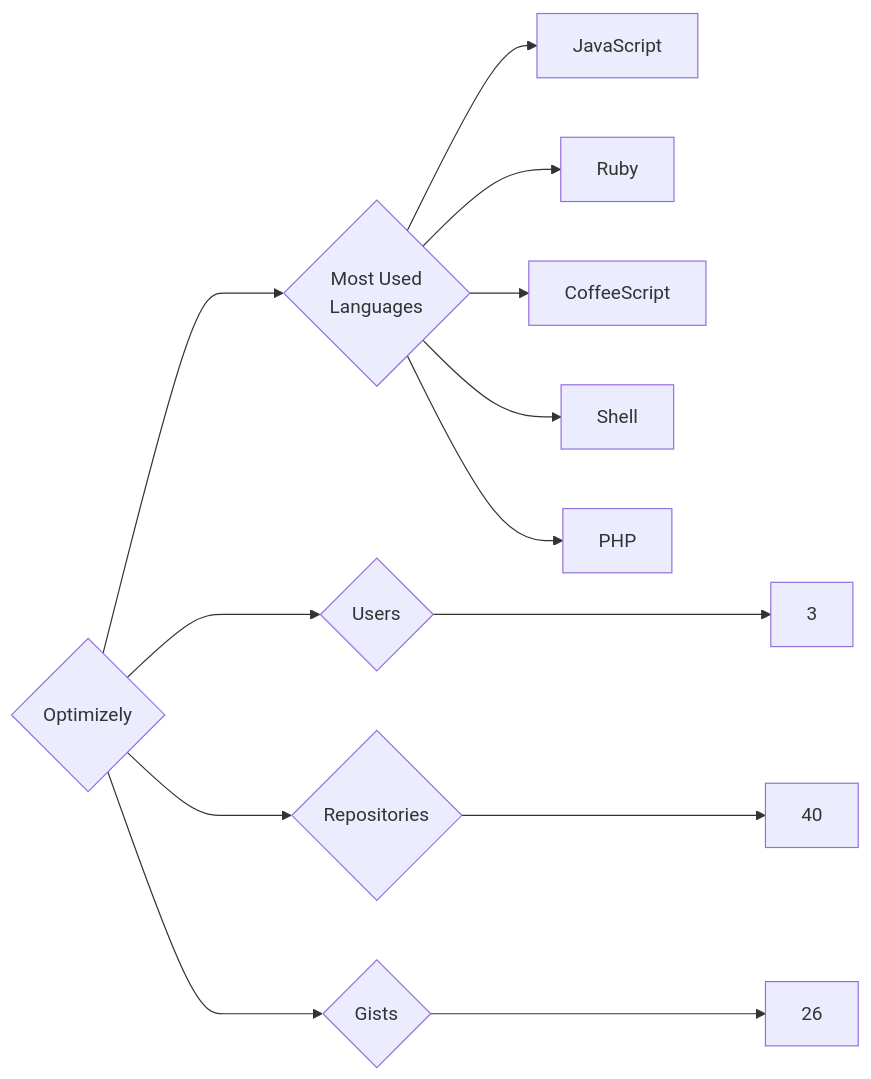
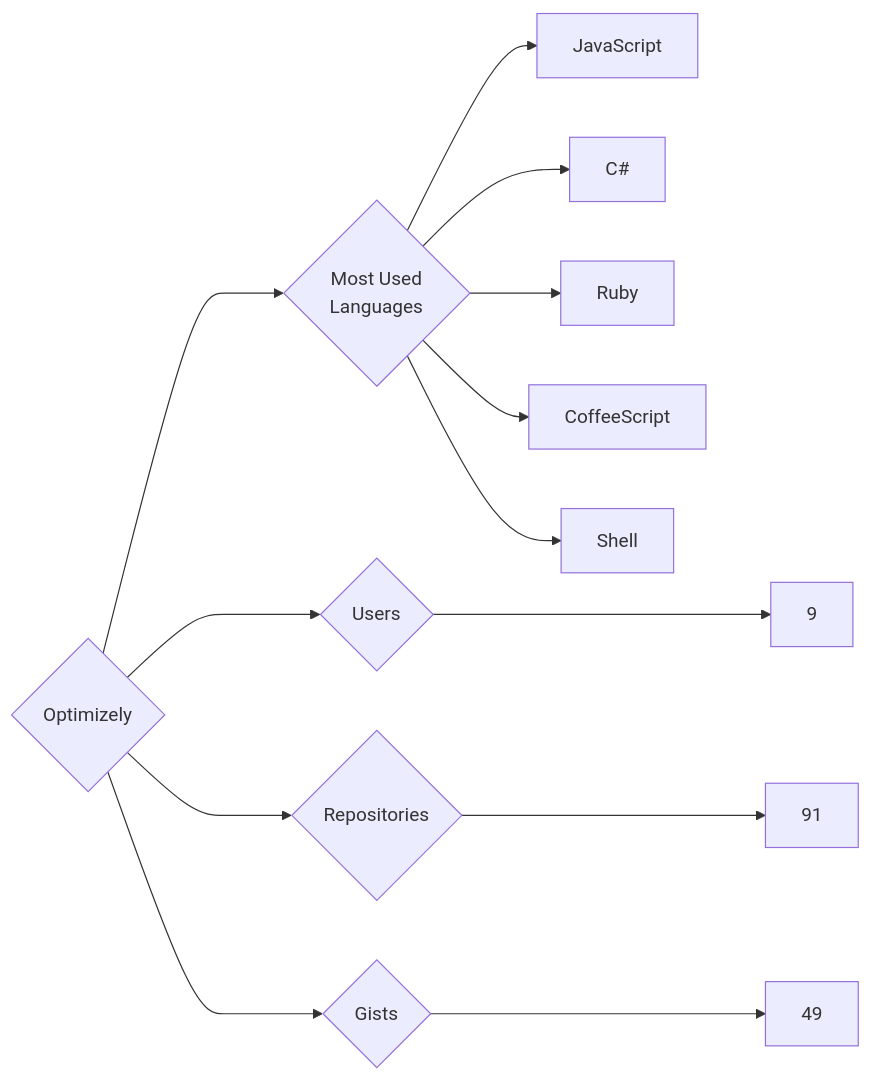
One commit to trickest/insiders changed the diagram in targets/Optimizely/README.md. Above: the diagram before and after it, drawn with Mermaid. The commit also changed 1389 other files, not shown here.

````diff
--- a/targets/Optimizely/README.md
+++ b/targets/Optimizely/README.md
@@ -3,13 +3,13 @@
 ```mermaid
 graph LR
 COMPANY_NAME{Optimizely}
-COMPANY_NAME ---> U{Users} ---> UN[3]
-COMPANY_NAME ---> R{Repositories} ---> RN[40]
-COMPANY_NAME ---> G{Gists} ---> GN[26]
+COMPANY_NAME ---> U{Users} ---> UN[9]
+COMPANY_NAME ---> R{Repositories} ---> RN[91]
+COMPANY_NAME ---> G{Gists} ---> GN[49]
 COMPANY_NAME ---> ML{Most Used<br>Languages}
 ML --> JavaScript[JavaScript]
+ML --> C#[C#]
 ML --> Ruby[Ruby]
 ML --> CoffeeScript[CoffeeScript]
 ML --> Shell[Shell]
-ML --> PHP[PHP]
 ```
````
